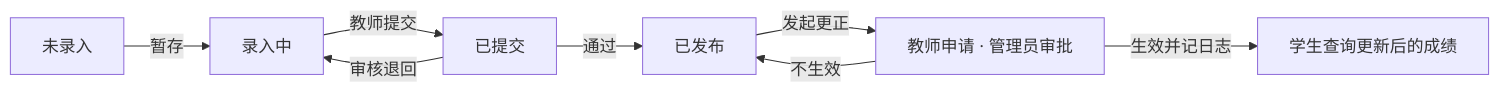
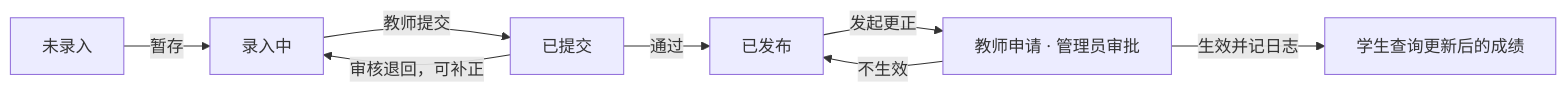
The third of 3 diagrams in docs/02-系统设计说明书.md (We1chan/databasecoursedesign), drawn with Mermaid before and after one commit. The commit also changed other lines of this file and 12 other files, not shown here.

````diff
--- a/docs/02-系统设计说明书.md
+++ b/docs/02-系统设计说明书.md
@@ -103,10 +105,10 @@
 ```mermaid
 flowchart LR
     A["未录入"] -->|暂存| B["录入中"]
     B -->|教师提交| C["已提交"]
-    C -->|审核退回| B
+    C -->|审核退回，可补正| B
     C -->|通过| D["已发布"]
     D -->|发起更正| E["教师申请 · 管理员审批"]
     E -->|不生效| D
     E -->|生效并记日志| F["学生查询更新后的成绩"]
 ```
````
